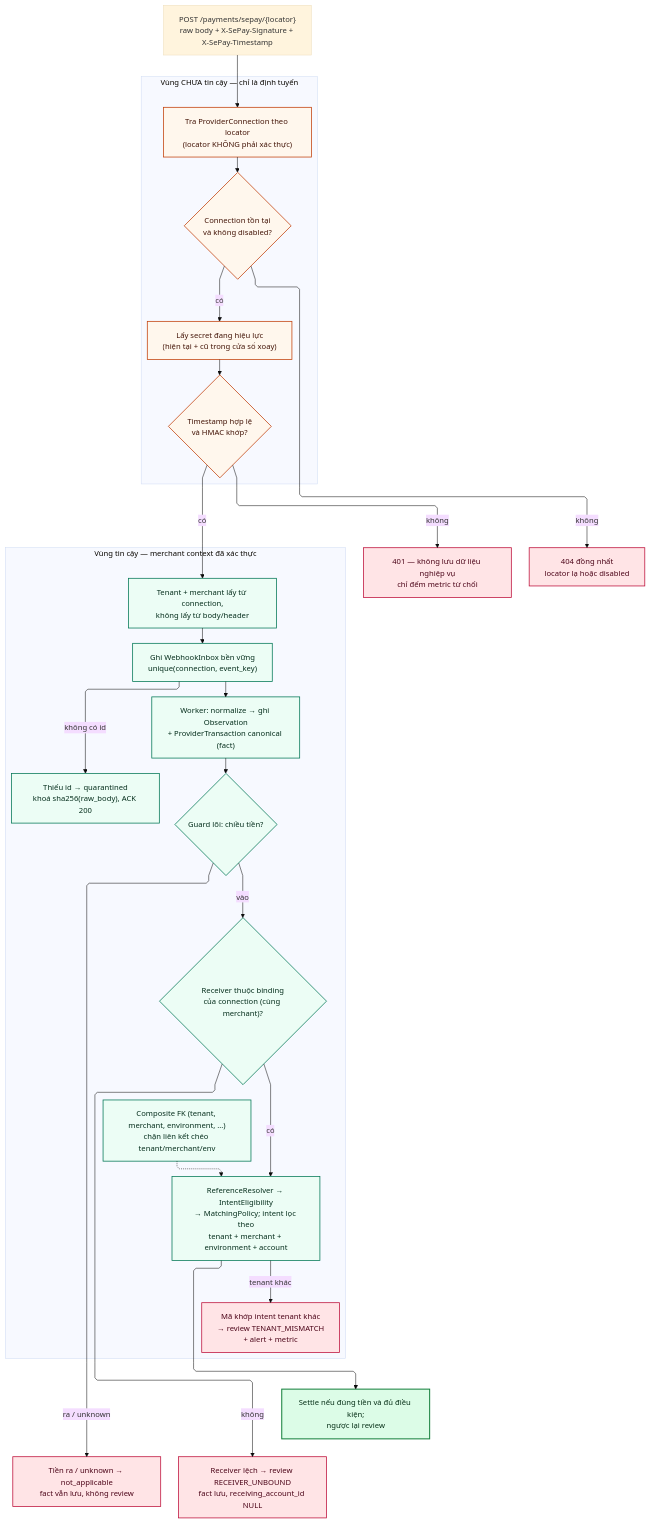
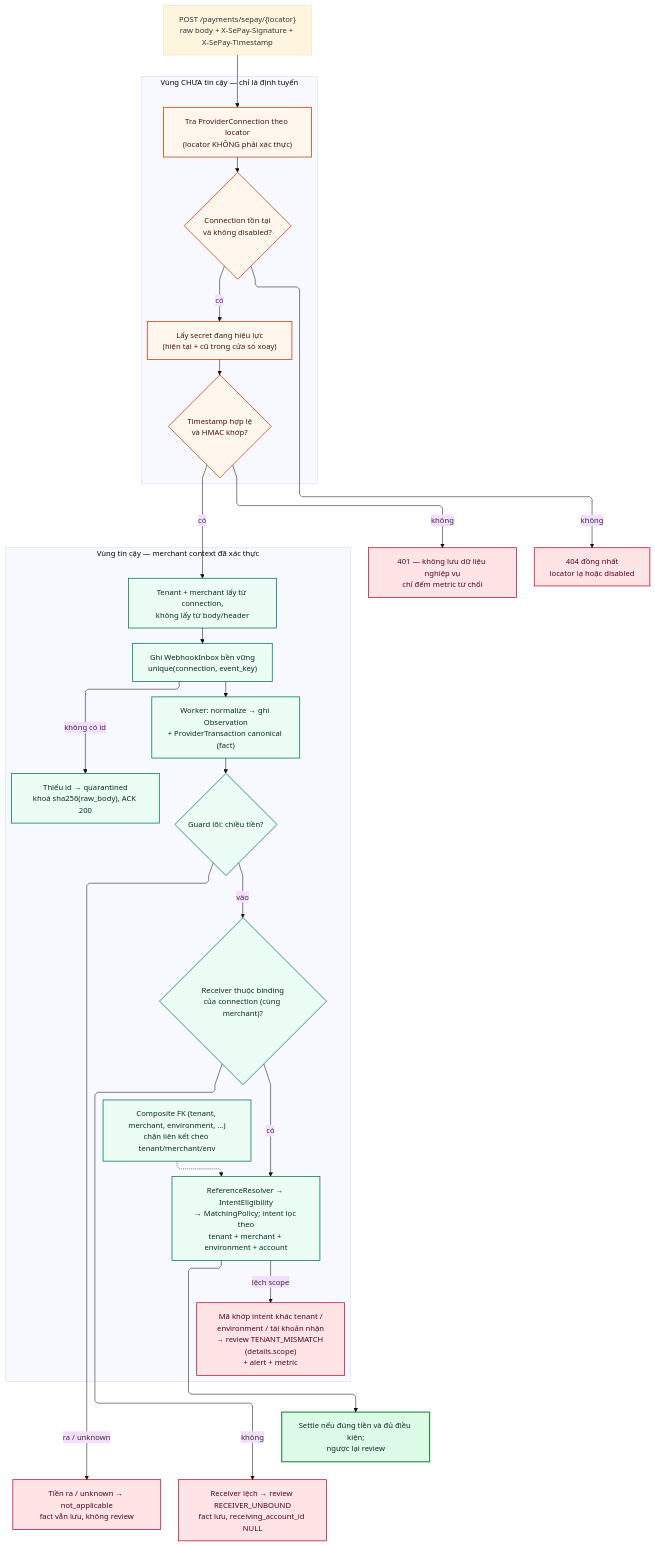
One commit to phanhaitrieu37/payment-modules changed the diagram in diagrams/05-multi-merchant-trust.md. Above: the diagram before and after it, drawn with Mermaid. The commit also changed 14 other files, not shown here.

Commit message:
docs: tighten ownership and scope constraints before schema freeze

````diff
--- a/diagrams/05-multi-merchant-trust.md
+++ b/diagrams/05-multi-merchant-trust.md
@@ -15,63 +15,63 @@
 ```mermaid
 ---
 config:
   theme: base
   layout: elk
   fontFamily: Arial, Helvetica, sans-serif
   flowchart:
     curve: linear
     nodeSpacing: 55
     rankSpacing: 70
     diagramPadding: 32
     wrappingWidth: 230
   themeVariables:
     fontFamily: "Arial, Helvetica, sans-serif"
     fontSize: 15px
 ---
 flowchart TB
   IN["POST /payments/sepay/{locator}<br/>raw body + X-SePay-Signature + X-SePay-Timestamp"]
   subgraph UNTRUSTED["Vùng CHƯA tin cậy — chỉ là định tuyến"]
     direction TB
     L1["Tra ProviderConnection theo locator<br/>(locator KHÔNG phải xác thực)"]
     L2{"Connection tồn tại<br/>và không disabled?"}
     V1["Lấy secret đang hiệu lực<br/>(hiện tại + cũ trong cửa sổ xoay)"]
     V2{"Timestamp hợp lệ<br/>và HMAC khớp?"}
   end
   subgraph TRUSTED["Vùng tin cậy — merchant context đã xác thực"]
     direction TB
     T1["Tenant + merchant lấy từ connection,<br/>không lấy từ body/header"]
     T2["Ghi WebhookInbox bền vững<br/>unique(connection, event_key)"]
     T2Q["Thiếu id → quarantined<br/>khoá sha256(raw_body), ACK 200"]
     T3["Worker: normalize → ghi Observation<br/>+ ProviderTransaction canonical (fact)"]
     T4{"Guard lõi: chiều tiền?"}
     T4B{"Receiver thuộc binding<br/>của connection (cùng merchant)?"}
     T5["ReferenceResolver → IntentEligibility<br/>→ MatchingPolicy; intent lọc theo<br/>tenant + merchant + environment + account"]
-    T5T["Mã khớp intent tenant khác<br/>→ review TENANT_MISMATCH<br/>+ alert + metric"]
+    T5T["Mã khớp intent khác tenant /<br/>environment / tài khoản nhận<br/>→ review TENANT_MISMATCH (details.scope)<br/>+ alert + metric"]
     T6["Composite FK (tenant, merchant, environment, …)<br/>chặn liên kết chéo tenant/merchant/env"]
   end
   R401["401 — không lưu dữ liệu nghiệp vụ<br/>chỉ đếm metric từ chối"]
   R404["404 đồng nhất<br/>locator lạ hoặc disabled"]
   QOUT["Tiền ra / unknown → not_applicable<br/>fact vẫn lưu, không review"]
   Q["Receiver lệch → review RECEIVER_UNBOUND<br/>fact lưu, receiving_account_id NULL"]
   OK["Settle nếu đúng tiền và đủ điều kiện;<br/>ngược lại review"]
   IN --> L1 --> L2
   L2 -->|"không"| R404
   L2 -->|"có"| V1 --> V2
   V2 -->|"không"| R401
   V2 -->|"có"| T1 --> T2 --> T3 --> T4
   T2 -->|"không có id"| T2Q
   T4 -->|"ra / unknown"| QOUT
   T4 -->|"vào"| T4B
   T4B -->|"không"| Q
   T4B -->|"có"| T5 --> OK
-  T5 -->|"tenant khác"| T5T
+  T5 -->|"lệch scope"| T5T
   T6 -.-> T5
   classDef un fill:#fff7ed,stroke:#c2410c,color:#431407,stroke-width:1.5px;
   classDef tr fill:#ecfdf5,stroke:#047857,color:#052e1c,stroke-width:1.5px;
   classDef bad fill:#ffe4e6,stroke:#be123c,color:#4c0519,stroke-width:1.5px;
   classDef good fill:#dcfce7,stroke:#15803d,color:#052e16,stroke-width:2px;
   class L1,L2,V1,V2 un;
   class T1,T2,T2Q,T3,T4,T4B,T5,T6 tr;
   class R401,R404,Q,QOUT,T5T bad;
   class OK good;
 ```
````
